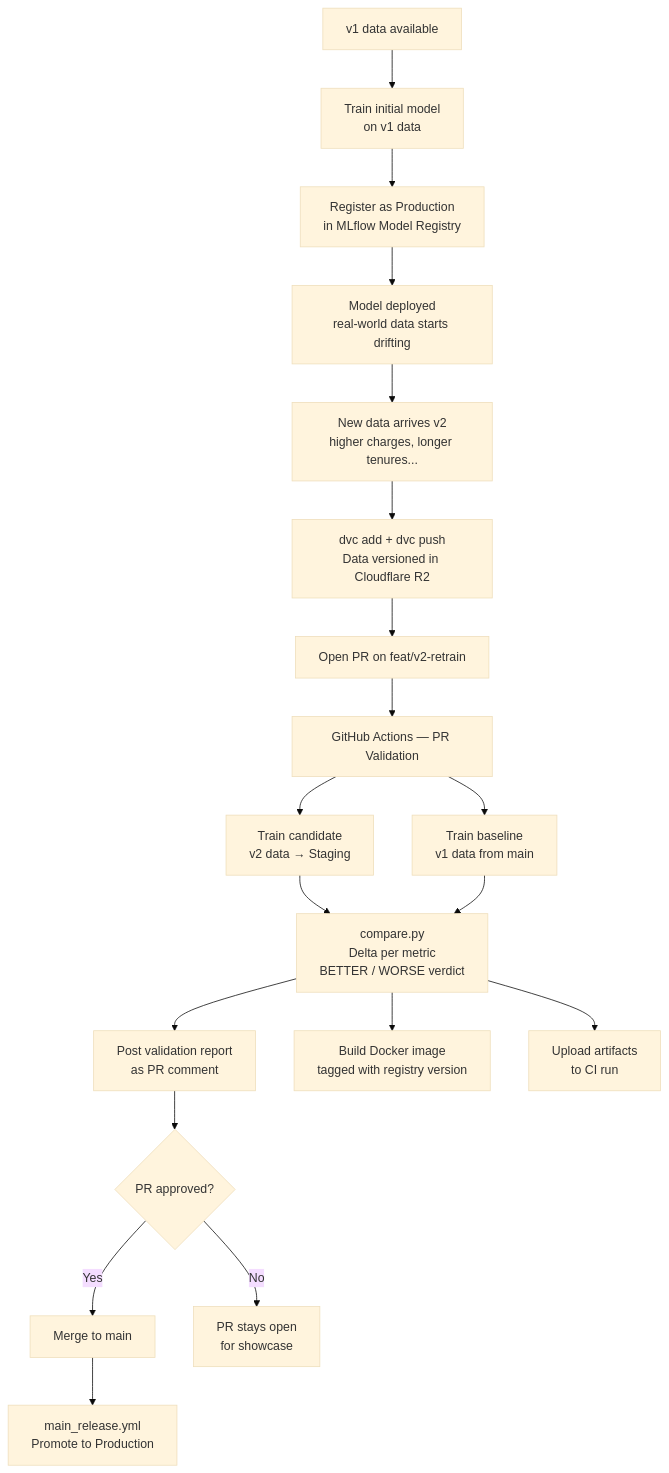
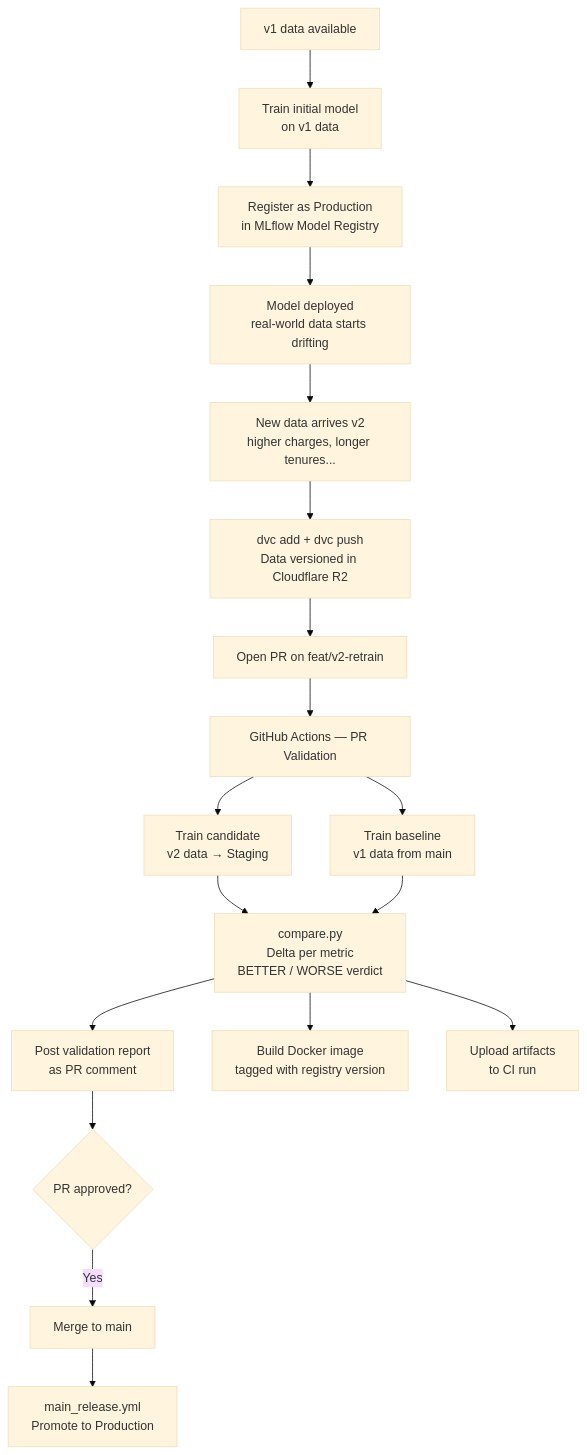
The diagram in README.md (ANadalCardenas/mlops-churn-pipeline), drawn with Mermaid (base theme) before and after one commit. The commit also changed other lines of this file, not shown here.

````diff
--- a/README.md
+++ b/README.md
@@ -17,27 +13,26 @@
 ```mermaid
 flowchart TD
     A[v1 data available] --> B[Train initial model\non v1 data]
     B --> C[Register as Production\nin MLflow Model Registry]
     C --> D[Model deployed\nreal-world data starts drifting]
 
     D --> E[New data arrives v2\nhigher charges, longer tenures...]
     E --> F[dvc add + dvc push\nData versioned in Cloudflare R2]
     F --> G[Open PR on feat/v2-retrain]
 
     G --> H[GitHub Actions — PR Validation]
 
     H --> I[Train candidate\nv2 data → Staging]
     H --> J[Train baseline\nv1 data from main]
 
     I --> K[compare.py\nDelta per metric\nBETTER / WORSE verdict]
     J --> K
 
     K --> L[Post validation report\nas PR comment]
     K --> M[Build Docker image\ntagged with registry version]
     K --> N[Upload artifacts\nto CI run]
 
     L --> O{PR approved?}
     O -- Yes --> P[Merge to main]
     P --> Q[main_release.yml\nPromote to Production]
-    O -- No --> R[PR stays open\nfor showcase]
 ```
````
